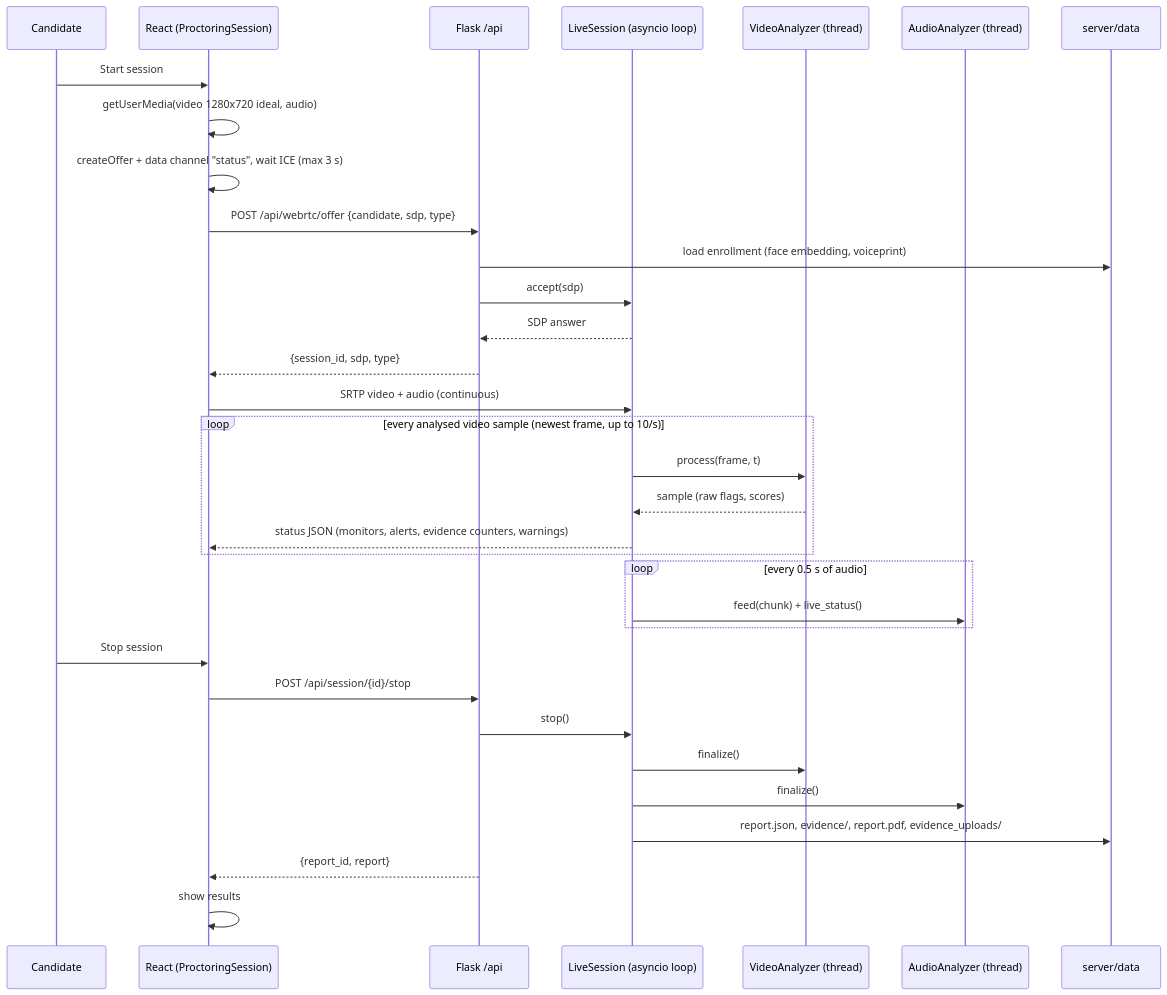
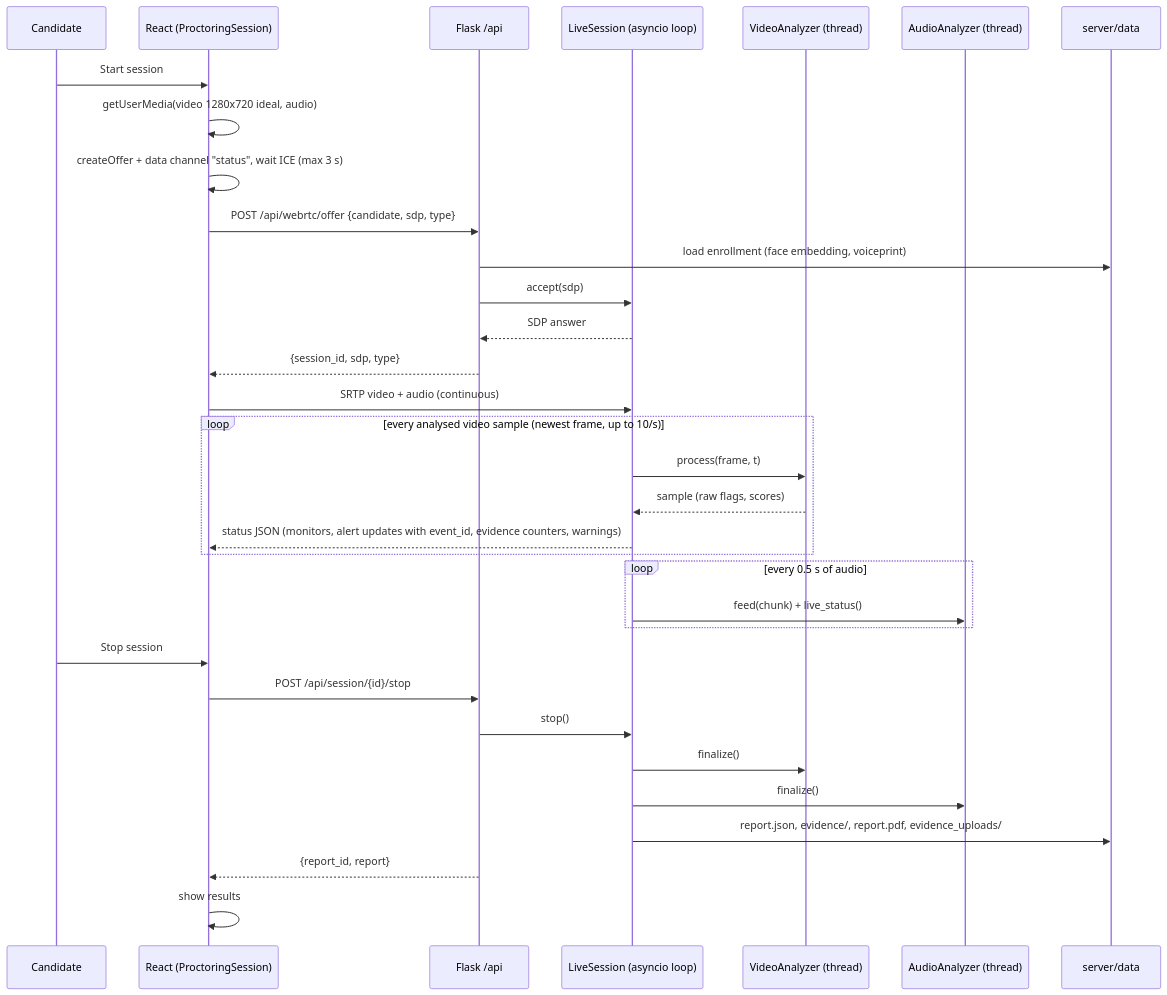
The sixth of 8 diagrams in README.md (Cleancode16/major-project-online-proctoring), drawn with Mermaid before and after one commit. The commit also changed other lines of this file, not shown here.

````diff
--- a/README.md
+++ b/README.md
@@ -911,36 +954,36 @@
 ```mermaid
 sequenceDiagram
     participant U as Candidate
     participant FE as React (ProctoringSession)
     participant API as Flask /api
     participant LS as LiveSession (asyncio loop)
     participant VA as VideoAnalyzer (thread)
     participant AA as AudioAnalyzer (thread)
     participant FS as server/data
 
     U->>FE: Start session
     FE->>FE: getUserMedia(video 1280x720 ideal, audio)
     FE->>FE: createOffer + data channel "status", wait ICE (max 3 s)
     FE->>API: POST /api/webrtc/offer {candidate, sdp, type}
     API->>FS: load enrollment (face embedding, voiceprint)
     API->>LS: accept(sdp)
     LS-->>API: SDP answer
     API-->>FE: {session_id, sdp, type}
     FE->>LS: SRTP video + audio (continuous)
     loop every analysed video sample (newest frame, up to 10/s)
         LS->>VA: process(frame, t)
         VA-->>LS: sample (raw flags, scores)
-        LS-->>FE: status JSON (monitors, alerts, evidence counters, warnings)
+        LS-->>FE: status JSON (monitors, alert updates with event_id, evidence counters, warnings)
     end
     loop every 0.5 s of audio
         LS->>AA: feed(chunk) + live_status()
     end
     U->>FE: Stop session
     FE->>API: POST /api/session/{id}/stop
     API->>LS: stop()
     LS->>VA: finalize()
     LS->>AA: finalize()
     LS->>FS: report.json, evidence/, report.pdf, evidence_uploads/
     API-->>FE: {report_id, report}
     FE->>FE: show results
 ```
````
